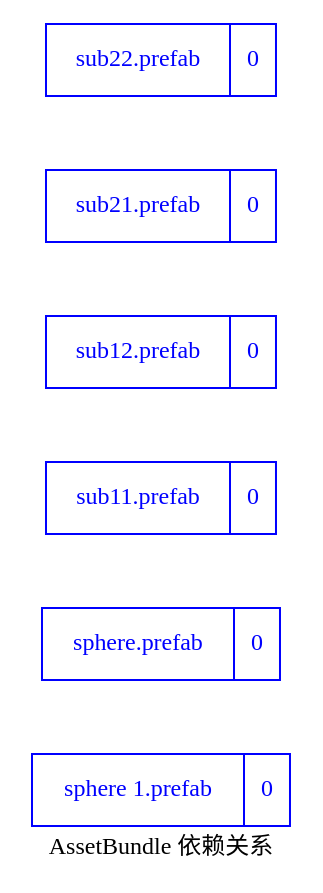
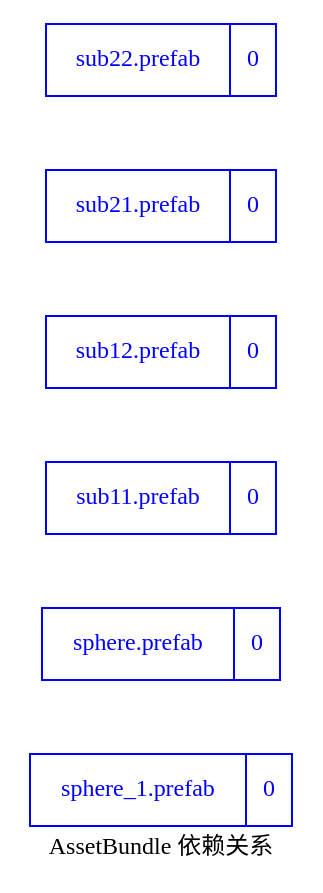
Before and after one commit to songtm/ABSystem: the diagram in Assets/StreamingAssets/AssetBundles/00dep.dot, drawn with Graphviz. The commit also changed 4 other files, not shown here.

```diff
--- a/Assets/StreamingAssets/AssetBundles/00dep.dot
+++ b/Assets/StreamingAssets/AssetBundles/00dep.dot
@@ -1,21 +1,21 @@
 digraph dep {
     fontname = "Microsoft YaHei";
     label = "AssetBundle 依赖关系"
     nodesep=0.5
     rankdir = "LR"
     fontsize = 12;
     node [ fontname = "Microsoft YaHei", fontsize = 12, shape = "record" color="skyblue"];
     edge [ fontname = "Microsoft YaHei", fontsize = 12 , color="coral"];
-	"sphere 1.prefab" [color="blue", fontcolor="blue", label="{<f0> sphere 1.prefab |<f1> 0 }"]
+	"sphere_1.prefab" [color="blue", fontcolor="blue", label="{<f0> sphere_1.prefab |<f1> 0 }"]
 	"sphere.prefab" [color="blue", fontcolor="blue", label="{<f0> sphere.prefab |<f1> 0 }"]
 	"sub11.prefab" [color="blue", fontcolor="blue", label="{<f0> sub11.prefab |<f1> 0 }"]
 	"sub12.prefab" [color="blue", fontcolor="blue", label="{<f0> sub12.prefab |<f1> 0 }"]
 	"sub21.prefab" [color="blue", fontcolor="blue", label="{<f0> sub21.prefab |<f1> 0 }"]
 	"sub22.prefab" [color="blue", fontcolor="blue", label="{<f0> sub22.prefab |<f1> 0 }"]
 
 
 
 
 
 
 }
```
